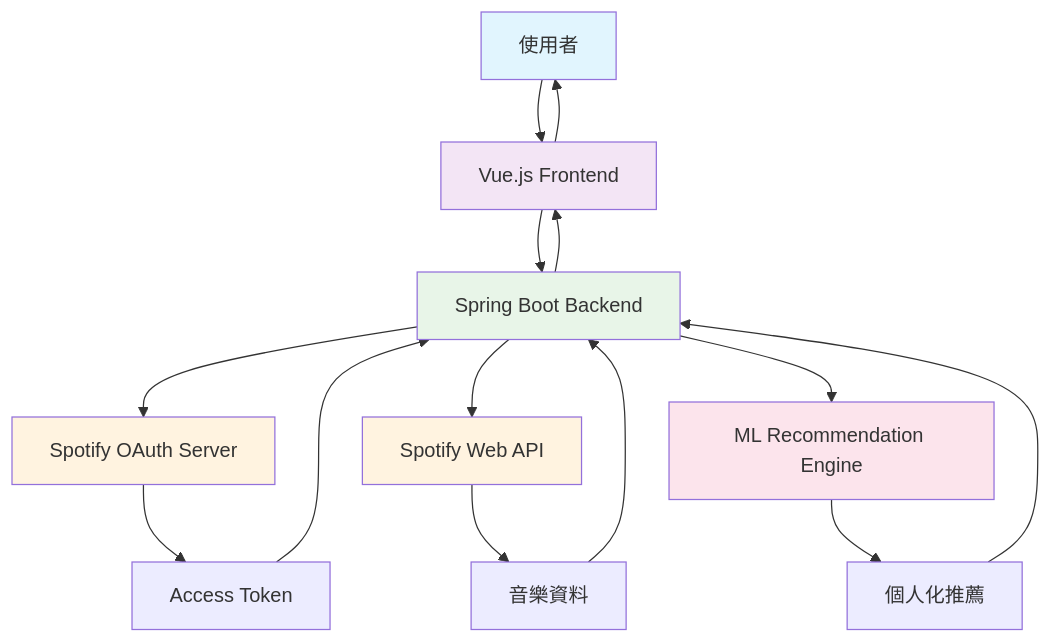
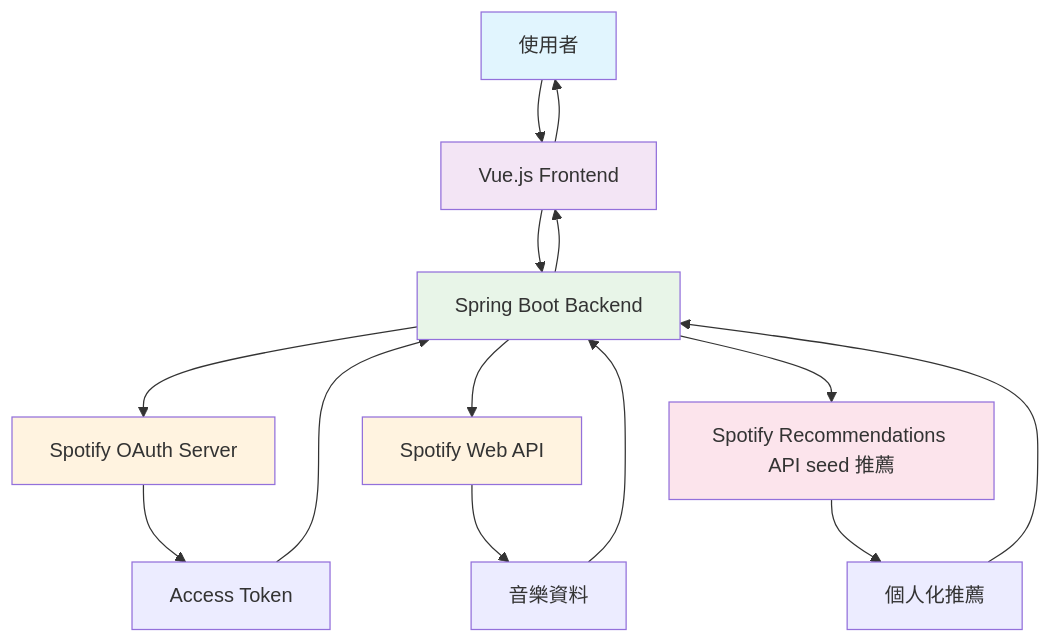
The diagram in content/posts/spotify-playlist-full-stack-application-zh.md (yennanliu/yennj12_blog_V4), drawn with Mermaid before and after one commit. The commit also changed other lines of this file and 55 other files, not shown here.

````diff
--- a/content/posts/spotify-playlist-full-stack-application-zh.md
+++ b/content/posts/spotify-playlist-full-stack-application-zh.md
@@ -47,22 +47,22 @@
 ```mermaid
 graph TD
     A[使用者] --> B[Vue.js Frontend]
     B --> C[Spring Boot Backend]
     C --> D[Spotify OAuth Server]
     C --> E[Spotify Web API]
-    C --> F[ML Recommendation Engine]
+    C --> F[Spotify Recommendations API seed 推薦]
     D --> G[Access Token]
     G --> C
     E --> H[音樂資料]
     H --> C
     F --> I[個人化推薦]
     I --> C
     C --> B
     B --> A
     style A fill:#e1f5fe
     style B fill:#f3e5f5
     style C fill:#e8f5e8
     style D fill:#fff3e0
     style E fill:#fff3e0
     style F fill:#fce4ec
 ```
````
